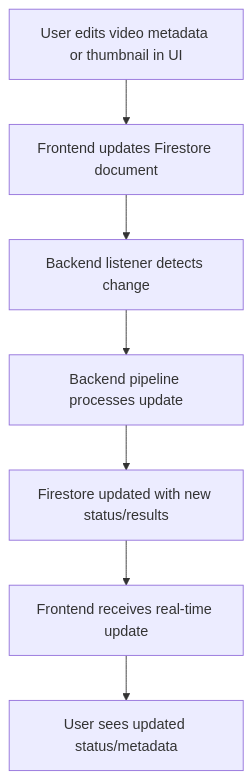
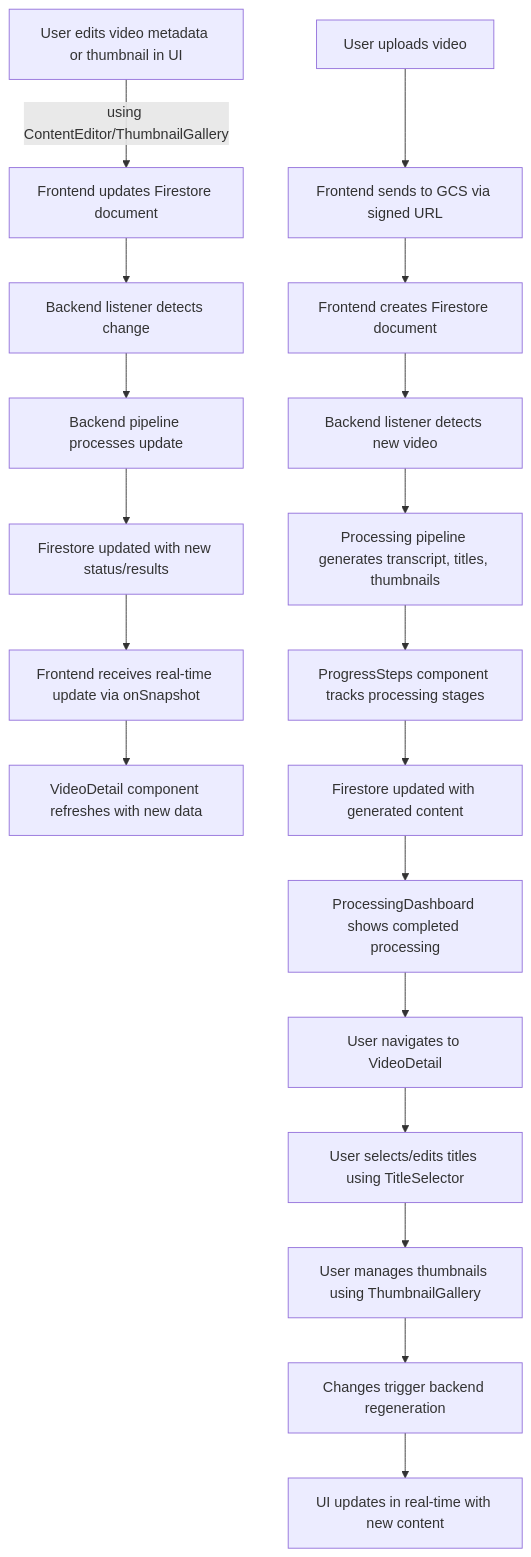
One commit to ParkerRex/echo changed the first of 2 diagrams in memory-bank/progress.md. Above: the diagram before and after it, drawn with Mermaid. The commit also changed other lines of this file and 73 other files, not shown here.

Commit message:
(feat): module-based python backend, step-by-step UI for real time

````diff
--- a/memory-bank/progress.md
+++ b/memory-bank/progress.md
@@ -107,9 +158,22 @@
 ```mermaid
 flowchart TD
-    A[User edits video metadata or thumbnail in UI] --> B[Frontend updates Firestore document]
+    A[User edits video metadata or thumbnail in UI] --> |using ContentEditor/ThumbnailGallery| B[Frontend updates Firestore document]
     B --> C[Backend listener detects change]
     C --> D[Backend pipeline processes update]
     D --> E[Firestore updated with new status/results]
-    E --> F[Frontend receives real-time update]
-    F --> G[User sees updated status/metadata]
+    E --> F[Frontend receives real-time update via onSnapshot]
+    F --> G[VideoDetail component refreshes with new data]
+    
+    H[User uploads video] --> I[Frontend sends to GCS via signed URL]
+    I --> J[Frontend creates Firestore document]
+    J --> K[Backend listener detects new video]
+    K --> L[Processing pipeline generates transcript, titles, thumbnails]
+    L --> M[ProgressSteps component tracks processing stages]
+    M --> N[Firestore updated with generated content]
+    N --> O[ProcessingDashboard shows completed processing]
+    O --> P[User navigates to VideoDetail]
+    P --> Q[User selects/edits titles using TitleSelector]
+    Q --> R[User manages thumbnails using ThumbnailGallery]
+    R --> S[Changes trigger backend regeneration]
+    S --> T[UI updates in real-time with new content]
 ```
````
